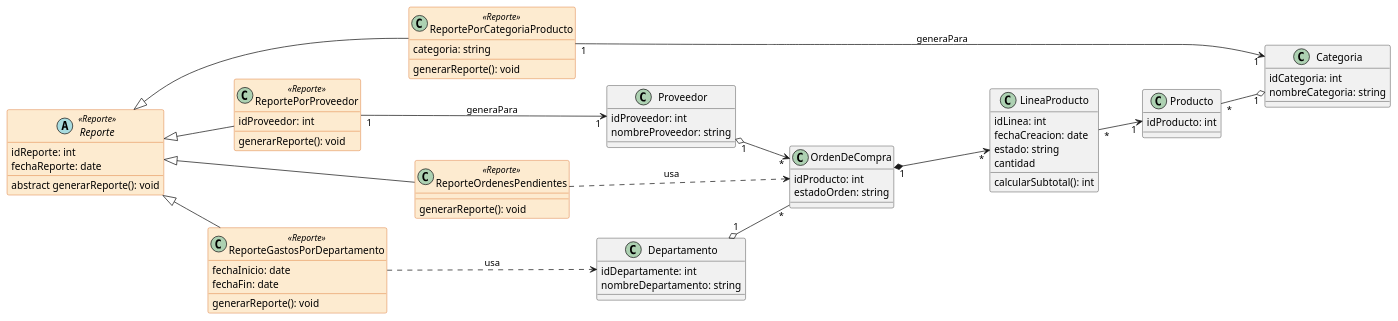
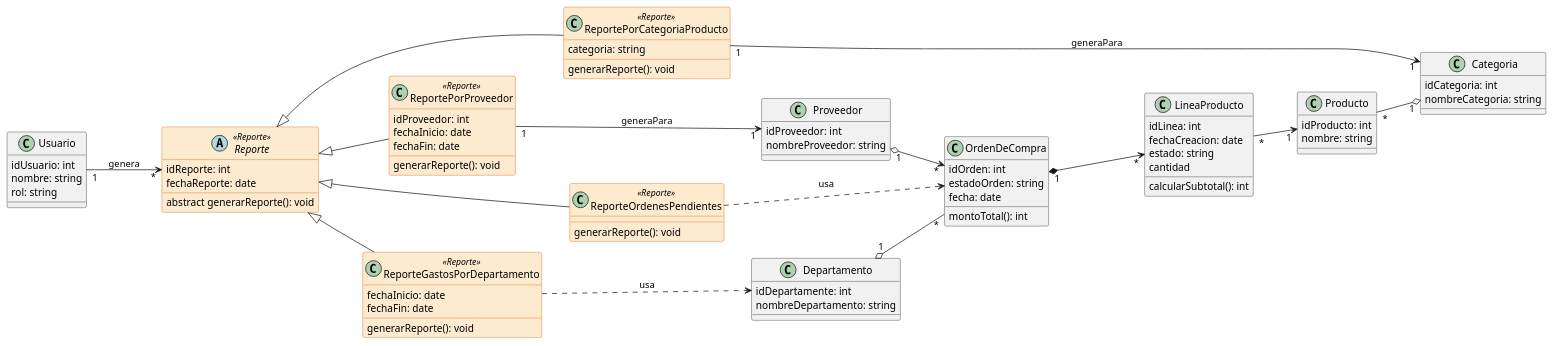
One commit to MiolaTomas/DiagramasUML changed the diagram in Gestion de Software/Actividad - Sistema Reportes Gestion de Compras/diagramaClases.plantuml. Above: the diagram before and after it, drawn with PlantUML. The commit also changed 1 other file, not shown here.

Commit message:
diagrama de objetos

```diff
--- a/Gestion de Software/Actividad - Sistema Reportes Gestion de Compras/diagramaClases.plantuml
+++ b/Gestion de Software/Actividad - Sistema Reportes Gestion de Compras/diagramaClases.plantuml
@@ -1,88 +1,100 @@
 @startuml Gestion Ordenes de Compra
 left to right direction
 skinparam classAttributeIconSize 0
 
 ' Definición de colores para estereotipo <<Reporte>>
 skinparam classBackgroundColor<<Reporte>> #FDEBD0
 skinparam classBorderColor<<Reporte>> #D35400
 
 ' ==== Clases Principales del Dominio ====
+class Usuario {
+    idUsuario: int
+    nombre: string
+    rol: string
+}
+
 class Producto {
     idProducto: int
+    nombre: string
 }
 
 class Categoria {
     idCategoria: int
     nombreCategoria: string
 }
 
 class Departamento {
     idDepartamente: int
     nombreDepartamento: string
 }
 
 class Proveedor {
     idProveedor: int
     nombreProveedor: string
 }
 
 class OrdenDeCompra {
-    idProducto: int
+    idOrden: int
     estadoOrden: string
+    fecha: date
+    montoTotal(): int
 }
 
 class LineaProducto {
     idLinea: int
     fechaCreacion: date
     estado: string
     cantidad
     calcularSubtotal(): int
 }
 
 ' ==== Relaciones entre Clases Principales ====
+Usuario "1" --> "*" Reporte : genera
 Producto "*" --o "1" Categoria
 OrdenDeCompra "1" *--> "*" LineaProducto
 LineaProducto "*" --> "1" Producto
 Departamento "1" o-- "*" OrdenDeCompra
 Proveedor "1" o--> "*" OrdenDeCompra
 
 ' ==== Clases de Reportes con estereotipo <<Reporte>> ====
 abstract class Reporte <<Reporte>> {
     idReporte: int
     fechaReporte: date
     abstract generarReporte(): void
 }
 
 class ReportePorProveedor <<Reporte>> {
     idProveedor: int
+    fechaInicio: date
+    fechaFin: date
     generarReporte(): void
 }
 
 class ReportePorCategoriaProducto <<Reporte>> {
     categoria: string
     generarReporte(): void
 }
 
 class ReporteGastosPorDepartamento <<Reporte>> {
     fechaInicio: date
     fechaFin: date
     generarReporte(): void
 }
 
 class ReporteOrdenesPendientes <<Reporte>> {
     generarReporte(): void
 }
 
 ' ==== Herencia de Reportes ====
 Reporte <|-- ReportePorProveedor
 Reporte <|-- ReportePorCategoriaProducto
 Reporte <|-- ReporteGastosPorDepartamento
 Reporte <|-- ReporteOrdenesPendientes
 
 ' ==== Relaciones de Reportes con el Dominio ====
 ReportePorProveedor "1" --> "1" Proveedor : generaPara
 ReportePorCategoriaProducto "1" --> "1" Categoria : generaPara
 ReporteGastosPorDepartamento ..> Departamento : usa
 ReporteOrdenesPendientes ..> OrdenDeCompra : usa
 
 @enduml
```
